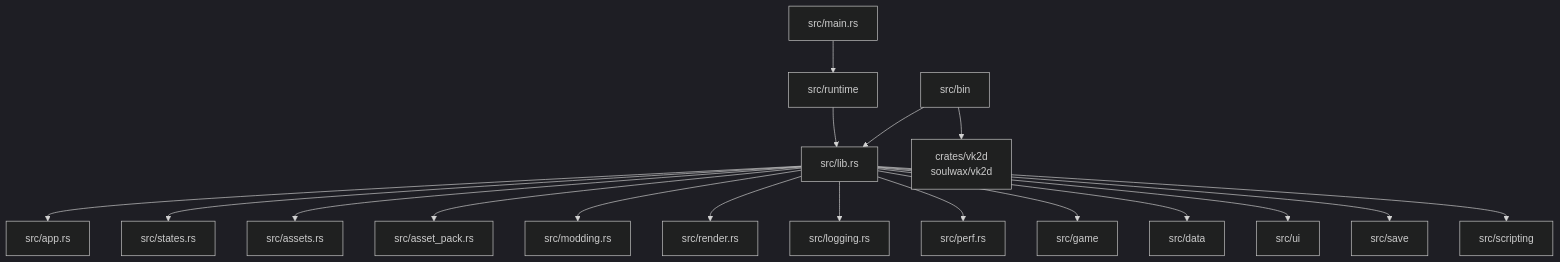
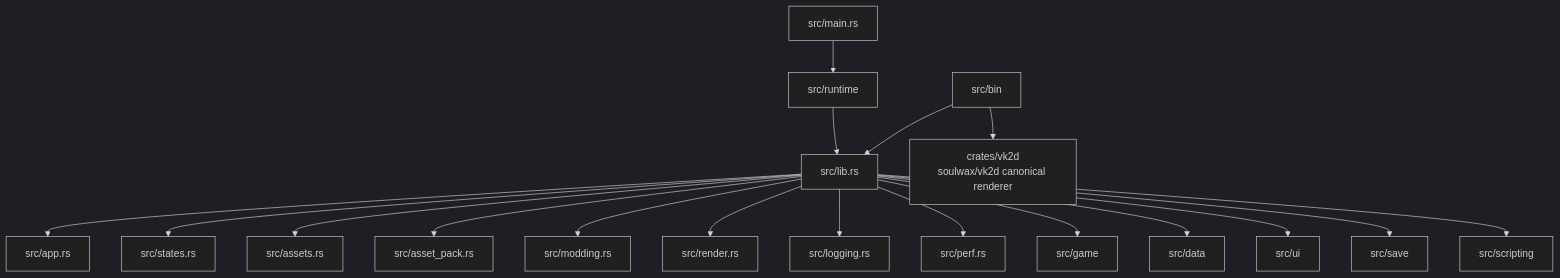
The first of 3 diagrams in src/content/docs/pages/architecture/module-boundaries.md (soulwax/EchoWiki), drawn with Mermaid (dark theme) before and after one commit. The commit also changed other lines of this file and 17 other files, not shown here.

Commit message:
docs: establish vk2d as canonical renderer

````diff
--- a/src/content/docs/pages/architecture/module-boundaries.md
+++ b/src/content/docs/pages/architecture/module-boundaries.md
@@ -9,39 +9,39 @@
 ```mermaid
 flowchart TB
     main[src/main.rs]
     runtime[src/runtime]
     lib[src/lib.rs]
     app[src/app.rs]
     states[src/states.rs]
     assets[src/assets.rs]
     assetpack[src/asset_pack.rs]
     modding[src/modding.rs]
     render[src/render.rs]
     logging[src/logging.rs]
     perf[src/perf.rs]
     game[src/game]
     data[src/data]
     ui[src/ui]
     save[src/save]
     scripting[src/scripting]
     bins[src/bin]
-    vk2d[crates/vk2d<br/>soulwax/vk2d]
+    vk2d[crates/vk2d<br/>soulwax/vk2d canonical renderer]
 
     main --> runtime
     runtime --> lib
     lib --> app
     lib --> states
     lib --> assets
     lib --> assetpack
     lib --> modding
     lib --> render
     lib --> logging
     lib --> perf
     lib --> game
     lib --> data
     lib --> ui
     lib --> save
     lib --> scripting
     bins --> lib
     bins --> vk2d
 ```
````
